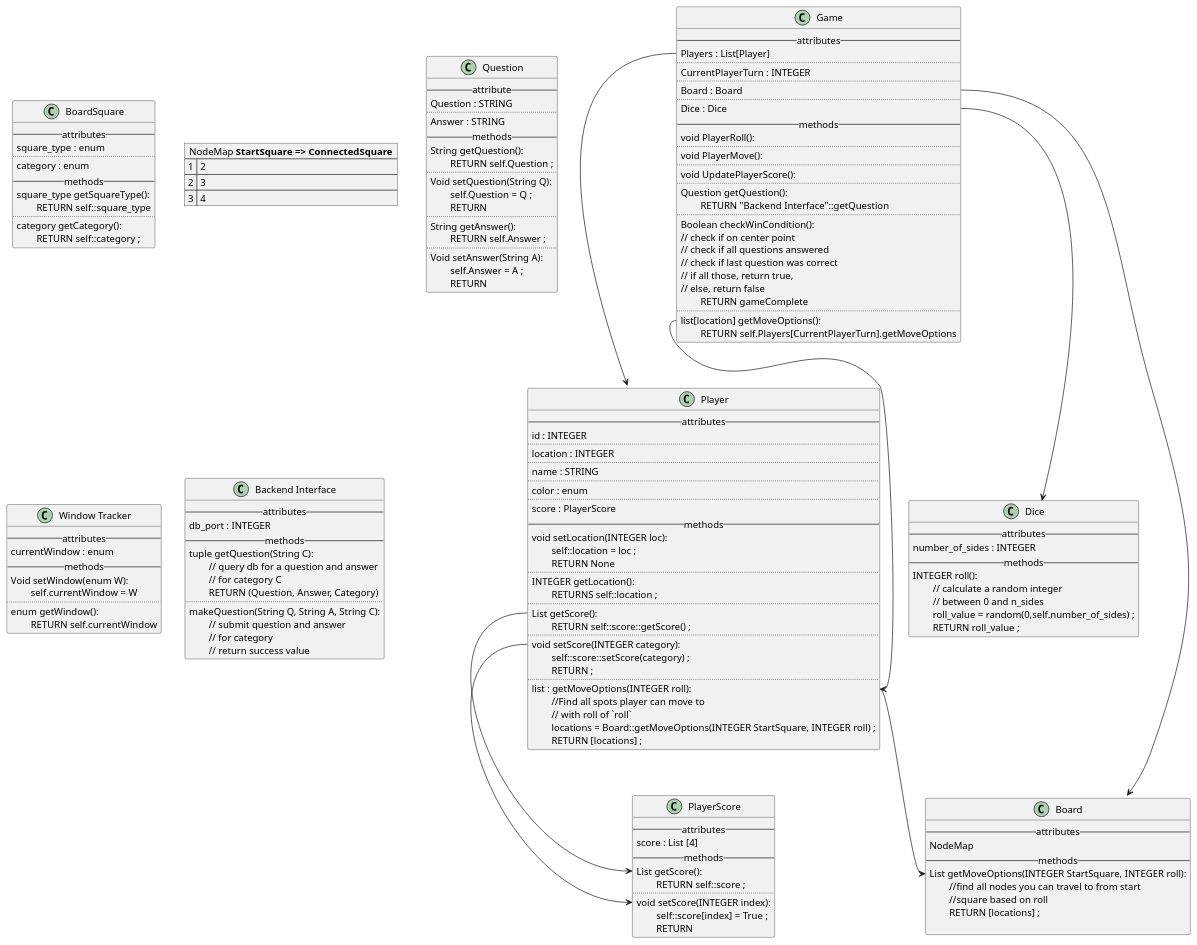
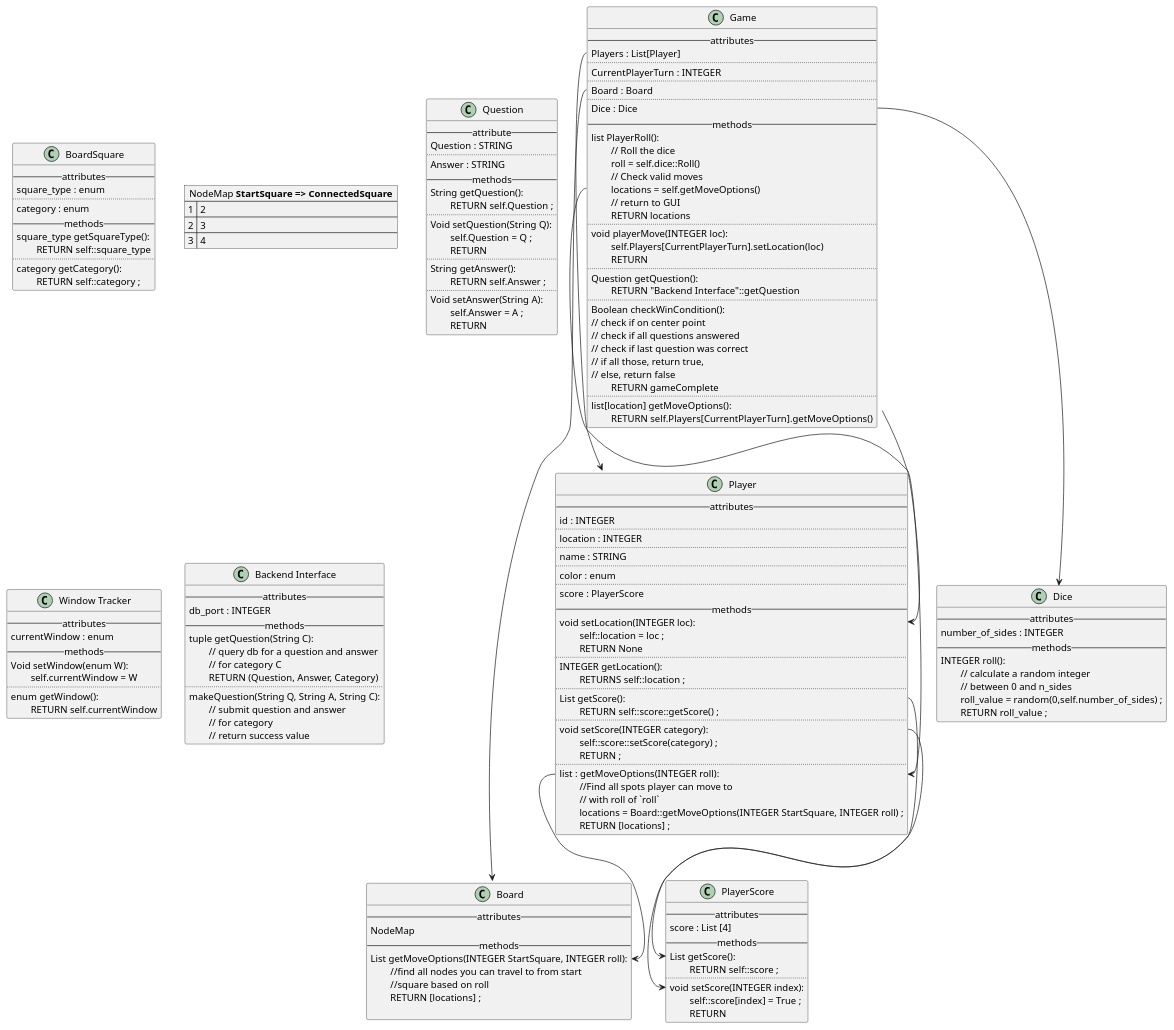
One commit to ttimmer2/TrivialCompute changed the diagram in Class_Diagrams/pseudocode.puml. Above: the diagram before and after it, drawn with PlantUML.

Commit message:
update uml

```diff
--- a/Class_Diagrams/pseudocode.puml
+++ b/Class_Diagrams/pseudocode.puml
@@ -1,194 +1,199 @@
 @startuml
 ' Class definitions and pseudocode
 class Player {
   --attributes--
   id : INTEGER
   ..
   location : INTEGER
   ..
   name : STRING
   ..
   color : enum
   ..
   score : PlayerScore
   --methods--
   void setLocation(INTEGER loc):
   \tself::location = loc ;
   \tRETURN None
   ..
   INTEGER getLocation():
   \tRETURNS self::location ;
   ..
   List getScore():
   \tRETURN self::score::getScore() ;
   ..
   void setScore(INTEGER category):
   \tself::score::setScore(category) ;
   \tRETURN ;
   ..
   list : getMoveOptions(INTEGER roll):
   \t//Find all spots player can move to
   \t// with roll of `roll`
   \tlocations = Board::getMoveOptions(INTEGER StartSquare, INTEGER roll) ;
   \tRETURN [locations] ;
 }
 
 class PlayerScore{
   --attributes--
   score : List [4]
   --methods--
   List getScore():
   \tRETURN self::score ;
   ..
   void setScore(INTEGER index):
   \tself::score[index] = True ;
   \tRETURN
 }
 
 class Dice{
   --attributes--
   number_of_sides : INTEGER
   --methods--
   INTEGER roll():
   \t// calculate a random integer
   \t// between 0 and n_sides
   \troll_value = random(0,self.number_of_sides) ;
   \tRETURN roll_value ;
 }
 
 class BoardSquare{
   --attributes--
   square_type : enum
   ..
   category : enum
   --methods--
   square_type getSquareType():
   \tRETURN self::square_type
   ..
   category getCategory():
   \tRETURN self::category ;
 }
 
 map "NodeMap **StartSquare => ConnectedSquare**" as NodeMap {
 1 => 2
 2 => 3
 3 => 4
 }
 
 Class Game{
   --attributes--
   Players : List[Player]
   ..
   CurrentPlayerTurn : INTEGER
   ..
   Board : Board
   ..
   Dice : Dice
   --methods--
-  void PlayerRoll():
+  list PlayerRoll():
+    \t// Roll the dice
+    \troll = self.dice::Roll()
+    \t// Check valid moves
+    \tlocations = self.getMoveOptions()
+    \t// return to GUI
+    \tRETURN locations
   ..
-  void PlayerMove():
-  ..
-  void UpdatePlayerScore():
+  void playerMove(INTEGER loc):
+  \tself.Players[CurrentPlayerTurn].setLocation(loc)
+  \tRETURN
   ..
   Question getQuestion():
   \\tRETURN "Backend Interface"::getQuestion
   ..
   Boolean checkWinCondition():
   // check if on center point
   // check if all questions answered
   // check if last question was correct
   // if all those, return true,
   // else, return false
   \tRETURN gameComplete
   ..
   list[location] getMoveOptions():
-  \tRETURN self.Players[CurrentPlayerTurn].getMoveOptions
+  \tRETURN self.Players[CurrentPlayerTurn].getMoveOptions()
 }
 
 Class Board{
   --attributes--
   NodeMap
   --methods--
   List getMoveOptions(INTEGER StartSquare, INTEGER roll):
   \t//find all nodes you can travel to from start
   \t//square based on roll
   \tRETURN [locations] ;
 
 }
 
 Class Question{
   --attribute--
   Question : STRING
   ..
   Answer : STRING
   --methods--
   String getQuestion():
   \tRETURN self.Question ;
   ..
   Void setQuestion(String Q):
   \tself.Question = Q ;
   \tRETURN
   ..
   String getAnswer():
   \tRETURN self.Answer ;
   ..
   Void setAnswer(String A):
   \tself.Answer = A ;
   \tRETURN
 }
 
 Class "Window Tracker"{
   --attributes--
   currentWindow : enum
   --methods--
   Void setWindow(enum W):
   \tself.currentWindow = W
   ..
   enum getWindow():
   \tRETURN self.currentWindow
 }
 
 Class "Backend Interface"{
     --attributes--
     db_port : INTEGER
     --methods--
     tuple getQuestion(String C):
     \t// query db for a question and answer
     \t// for category C
     \tRETURN (Question, Answer, Category)
     ..
     makeQuestion(String Q, String A, String C):
     \t// submit question and answer
     \t// for category
     \t// return success value
 }
 
 ' attribute connections
-'Player::location <-- Player::getLocation
-'Player::location <-- Player::setLocation
 Player::getScore --> PlayerScore::getScore
 Player::setScore --> PlayerScore::setScore
 Player::getMoveOptions --> Board::getMoveOptions
 Game::Players --> Player
 Game::Board --> Board
 Game::Dice --> Dice
 Game::getMoveOptions --> Player::getMoveOptions
+Game::PlayerMove --> Player::setLocation
 
 /'
 
 Class "GUI Interface"{
 
 }
 
     When Given <some precondition>
 
 And <additional preconditions> Optional
 
 When <an action/trigger occurs>
 
 Then <some post condition>
 
 And <additional post conditions> Optional
 '/
 @enduml
```
